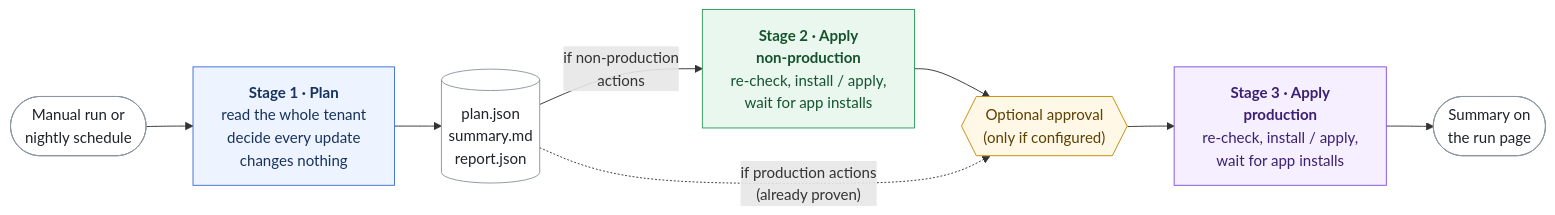
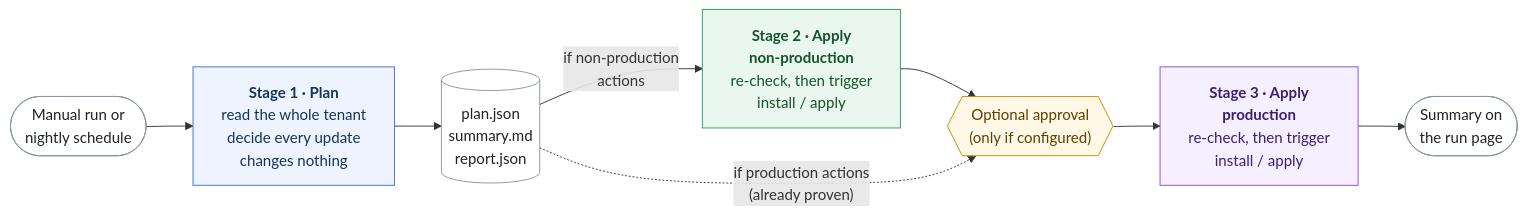
The diagram in docs/diagrams/02-pipeline-stages.mmd (lazejanev/d365-tenant-app-updater), drawn with Mermaid before and after one commit. The commit also changed 19 other files, not shown here.

First line of the commit message:
v3.0.0: trigger installs without waiting by default; progress while reading

```diff
--- a/docs/diagrams/02-pipeline-stages.mmd
+++ b/docs/diagrams/02-pipeline-stages.mmd
@@ -1,18 +1,18 @@
 flowchart LR
     T(["Manual run or<br/>nightly schedule"]) --> P["<b>Stage 1 · Plan</b><br/>read the whole tenant<br/>decide every update<br/>changes nothing"]
     P --> ART[("plan.json<br/>summary.md<br/>report.json")]
-    ART -- "if non-production<br/>actions" --> NP["<b>Stage 2 · Apply<br/>non-production</b><br/>re-check, install / apply,<br/>wait for app installs"]
+    ART -- "if non-production<br/>actions" --> NP["<b>Stage 2 · Apply<br/>non-production</b><br/>re-check, then trigger<br/>install / apply"]
     NP --> GATE{{"Optional approval<br/>(only if configured)"}}
     ART -. "if production actions<br/>(already proven)" .-> GATE
-    GATE --> PR["<b>Stage 3 · Apply<br/>production</b><br/>re-check, install / apply,<br/>wait for app installs"]
+    GATE --> PR["<b>Stage 3 · Apply<br/>production</b><br/>re-check, then trigger<br/>install / apply"]
     PR --> DONE(["Summary on<br/>the run page"])
     classDef plan fill:#eef4ff,stroke:#3b6fd8,color:#16325c
     classDef np fill:#eaf7ee,stroke:#2f9e58,color:#14532d
     classDef prod fill:#f6efff,stroke:#8250df,color:#3b1f72
     classDef gate fill:#fff8e6,stroke:#c98a00,color:#5c4100
     classDef art fill:#ffffff,stroke:#8a96a3,color:#1f2328
     class P plan
     class NP np
     class PR prod
     class GATE gate
     class ART,T,DONE art
```
